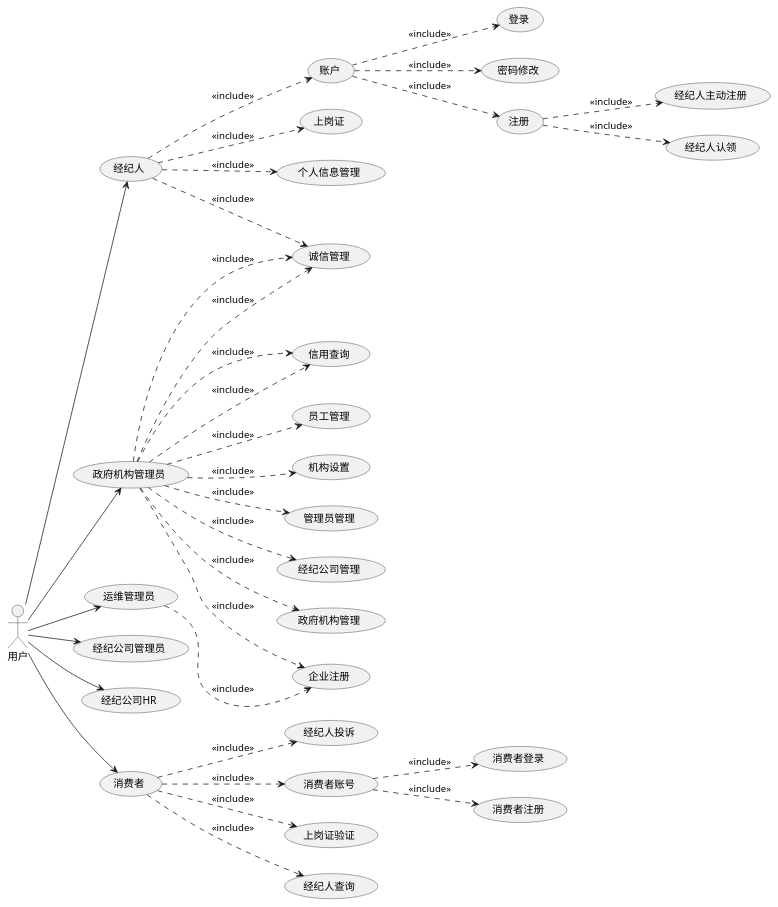
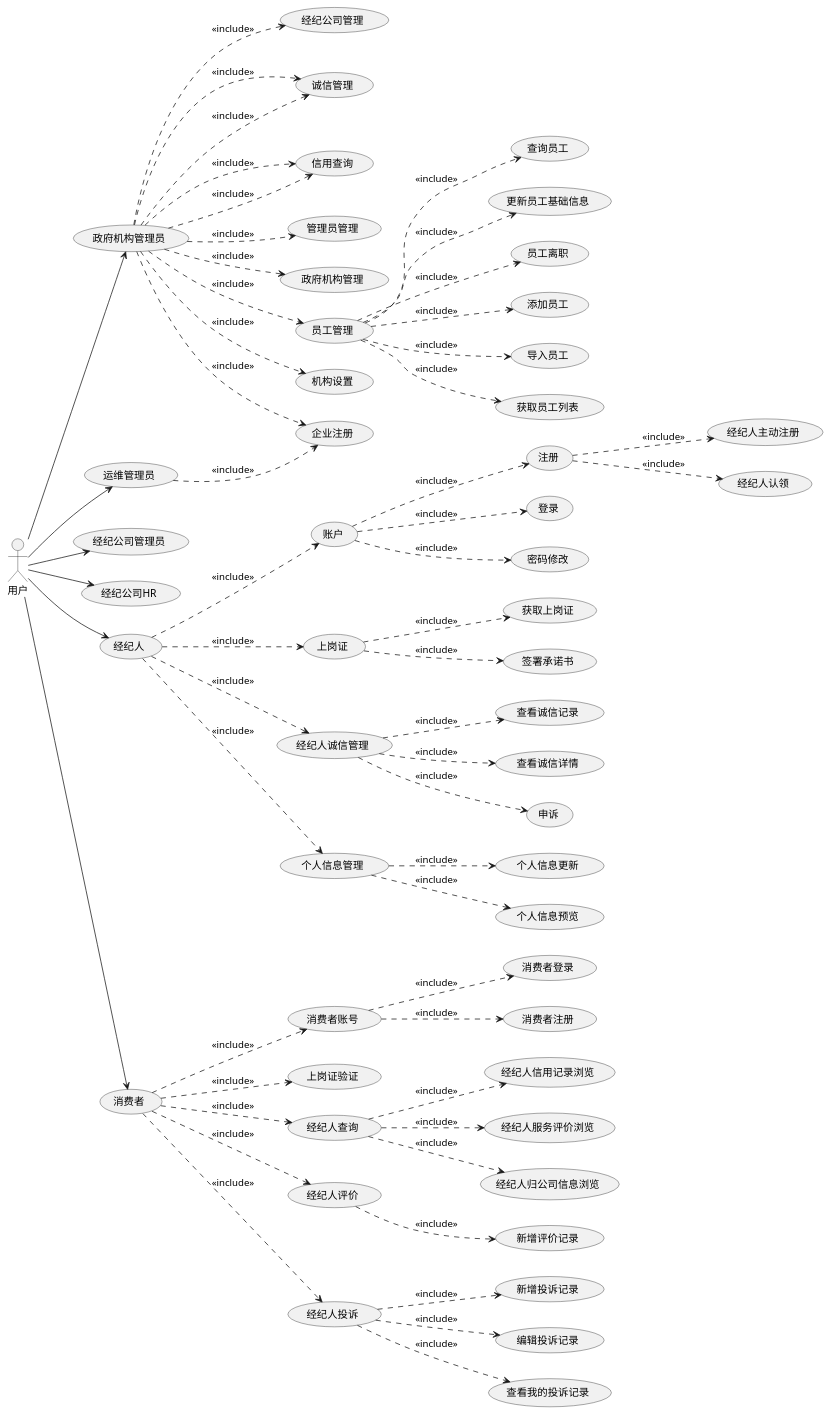
The diagram in docs/credit/README.md (evildoerX/hyperledger-credit), drawn with PlantUML before and after one commit.

```diff
--- a/docs/credit/README.md
+++ b/docs/credit/README.md
@@ -18,37 +18,60 @@
 @startuml
 left to right direction
 用户 --> (政府机构管理员)
 (政府机构管理员) ..> (经纪公司管理): <<include>>
 (政府机构管理员) ..> (诚信管理): <<include>>
 (政府机构管理员) ..> (信用查询): <<include>>
 (政府机构管理员) ..> (管理员管理): <<include>>
 (政府机构管理员) ..> (政府机构管理): <<include>>
 
 用户 --> (运维管理员)
 (运维管理员) ..> (企业注册): <<include>>
 
 用户 --> (经纪公司管理员)
 (政府机构管理员) ..> (企业注册): <<include>>
 (政府机构管理员) ..> (员工管理): <<include>>
+(员工管理) ..> (添加员工): <<include>>
+(员工管理) ..> (导入员工): <<include>>
+(员工管理) ..> (获取员工列表): <<include>>
+(员工管理) ..> (查询员工): <<include>>
+(员工管理) ..> (更新员工基础信息): <<include>>
+(员工管理) ..> (员工离职): <<include>>
 (政府机构管理员) ..> (诚信管理): <<include>>
 (政府机构管理员) ..> (信用查询): <<include>>
 (政府机构管理员) ..> (机构设置): <<include>>
 用户 --> (经纪公司HR)
+
 用户 --> (经纪人)
 (经纪人) ..> (账户): <<include>>
 (账户) ..> (注册): <<include>>
 (账户) ..> (登录): <<include>>
 (账户) ..> (密码修改): <<include>>
 (注册) ..> (经纪人主动注册): <<include>>
 (注册) ..> (经纪人认领): <<include>>
 (经纪人) ..> (上岗证): <<include>>
-(经纪人) ..> (诚信管理): <<include>>
+(上岗证) ..> (签署承诺书): <<include>>
+(上岗证) ..> (获取上岗证): <<include>>
+(经纪人) ..> (经纪人诚信管理): <<include>>
+(经纪人诚信管理) ..> (查看诚信记录): <<include>>
+(经纪人诚信管理) ..> (查看诚信详情): <<include>>
+(经纪人诚信管理) ..> (申诉): <<include>>
 (经纪人) ..> (个人信息管理): <<include>>
+(个人信息管理) ..> (个人信息预览): <<include>>
+(个人信息管理) ..> (个人信息更新): <<include>>
+
 用户 --> (消费者)
 (消费者) ..> (消费者账号): <<include>>
 (消费者账号) ..> (消费者注册): <<include>>
 (消费者账号) ..> (消费者登录): <<include>>
 (消费者) ..> (上岗证验证): <<include>>
 (消费者) ..> (经纪人查询): <<include>>
+(经纪人查询) ..> (经纪人信用记录浏览): <<include>>
+(经纪人查询) ..> (经纪人服务评价浏览): <<include>>
+(经纪人查询) ..> (经纪人归公司信息浏览): <<include>>
+(消费者) ..> (经纪人评价): <<include>>
+(经纪人评价) ..> (新增评价记录): <<include>>
 (消费者) ..> (经纪人投诉): <<include>>
+(经纪人投诉) ..> (新增投诉记录): <<include>>
+(经纪人投诉) ..> (编辑投诉记录): <<include>>
+(经纪人投诉) ..> (查看我的投诉记录): <<include>>
 @enduml
```
